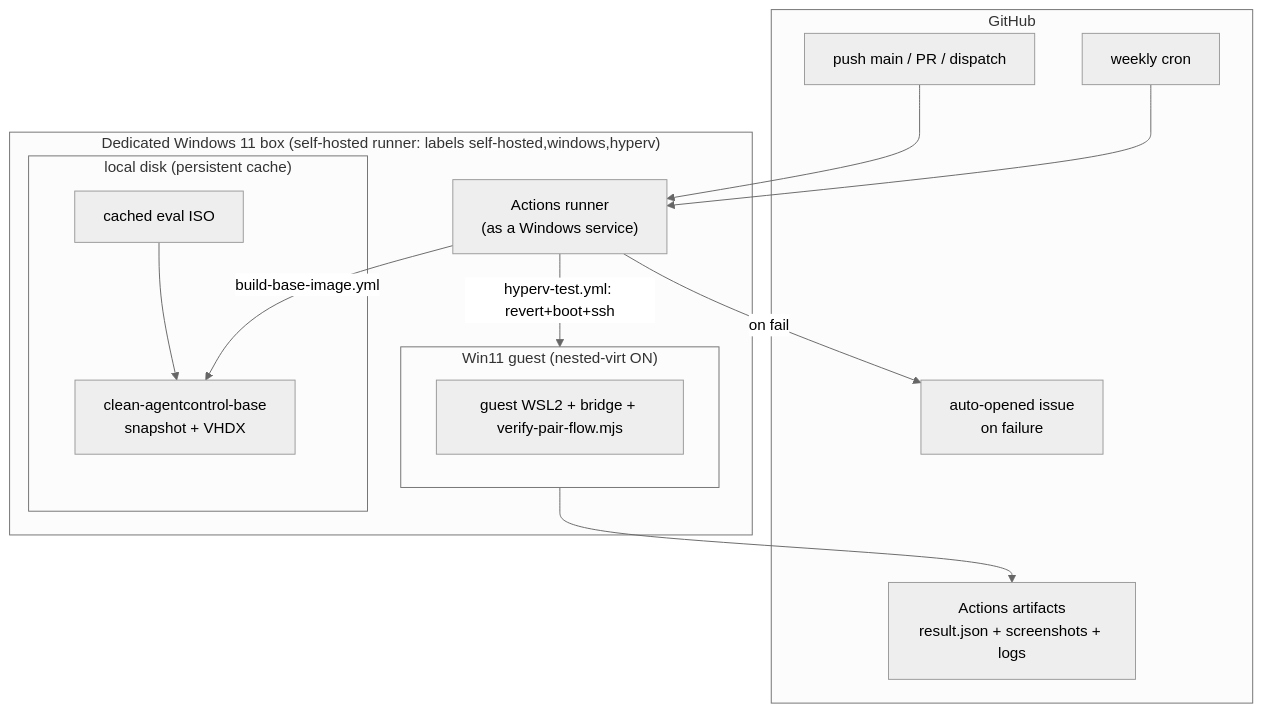
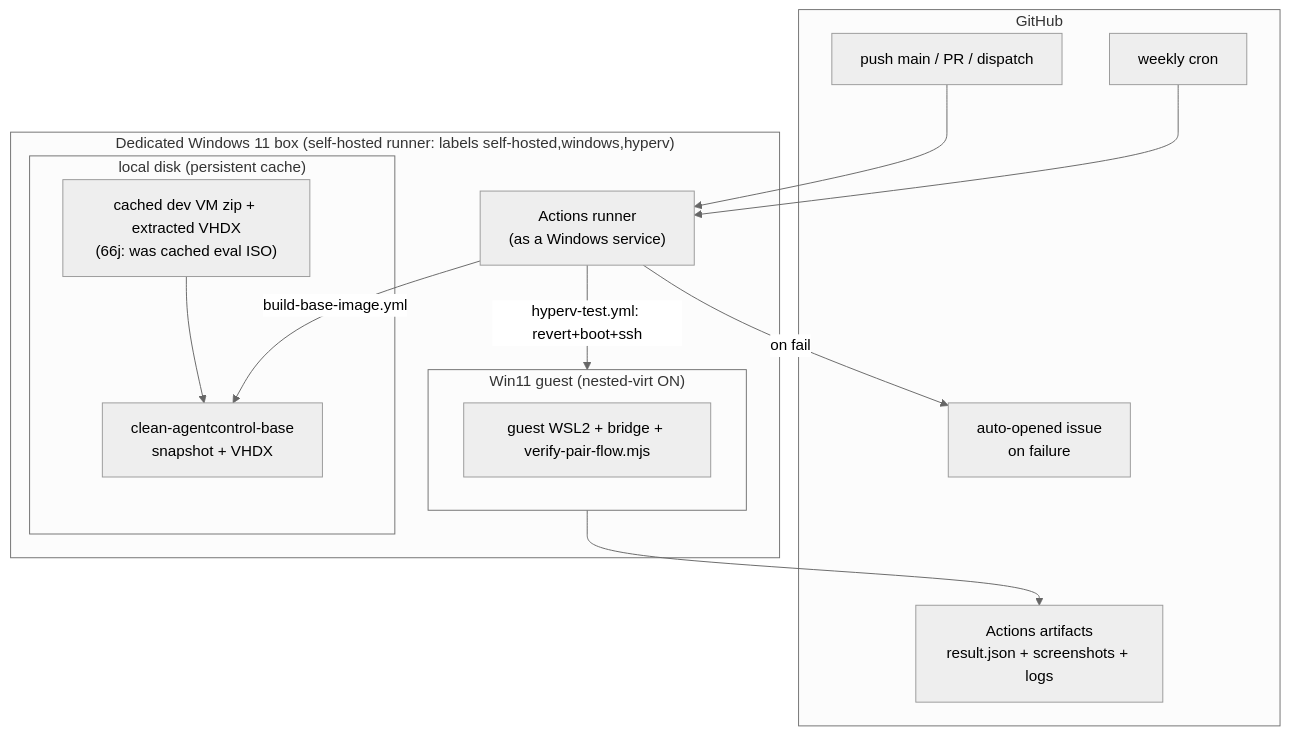
One commit to MatthiasF999/agentcontrol-tray changed the first of 2 diagrams in docs/PHASE-66I-BLUEPRINT.md. Above: the diagram before and after it, drawn with Mermaid (neutral theme). The commit also changed other lines of this file and 8 other files, not shown here.

````diff
--- a/docs/PHASE-66I-BLUEPRINT.md
+++ b/docs/PHASE-66I-BLUEPRINT.md
@@ -73,26 +85,26 @@
 ```mermaid
 flowchart TB
   subgraph GH["GitHub"]
     PUSH["push main / PR / dispatch"]
     CRON["weekly cron"]
     ART["Actions artifacts\nresult.json + screenshots + logs"]
     ISSUE["auto-opened issue\non failure"]
   end
   subgraph BOX["Dedicated Windows 11 box (self-hosted runner: labels self-hosted,windows,hyperv)"]
     RUNNER["Actions runner\n(as a Windows service)"]
     subgraph DISK["local disk (persistent cache)"]
       SNAP["clean-agentcontrol-base\nsnapshot + VHDX"]
-      ISOC["cached eval ISO"]
+      ISOC["cached dev VM zip + extracted VHDX\n(66j: was cached eval ISO)"]
     end
     subgraph VM["Win11 guest (nested-virt ON)"]
       GWSL["guest WSL2 + bridge + verify-pair-flow.mjs"]
     end
   end
   CRON --> RUNNER
   PUSH --> RUNNER
   RUNNER -->|build-base-image.yml| SNAP
   ISOC --> SNAP
   RUNNER -->|hyperv-test.yml: revert+boot+ssh| VM
   VM --> ART
   RUNNER -->|on fail| ISSUE
 ```
````
